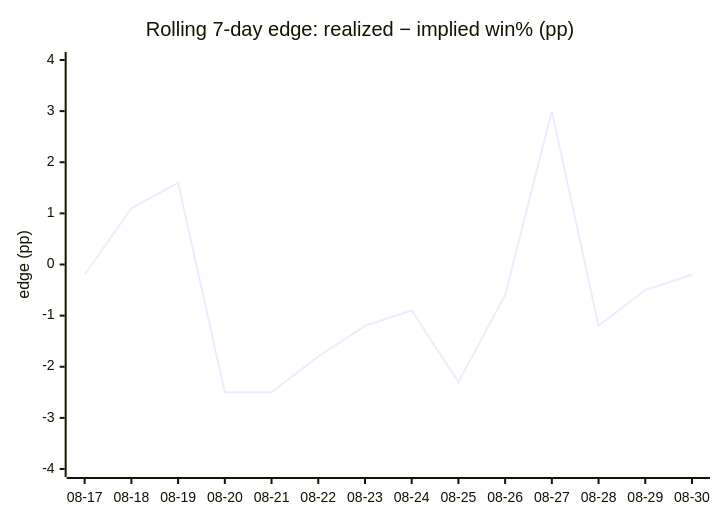
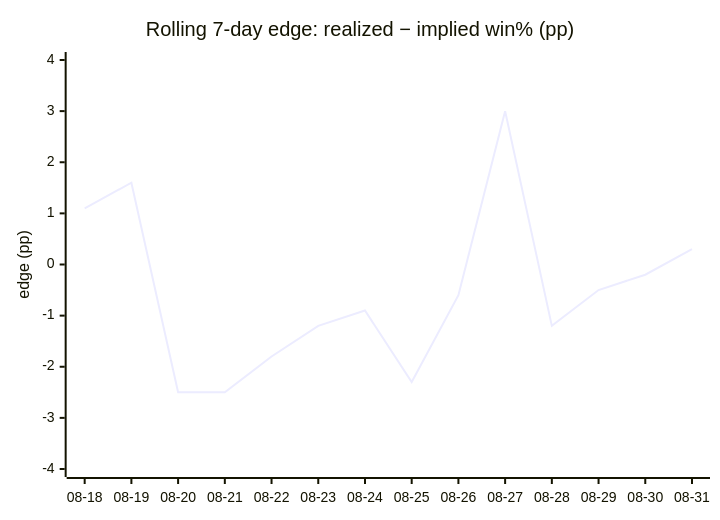
One commit to dpk1212/nhl-savant changed the fourth of 4 diagrams in DAILY_AGSU_REPORT.md. Above: the diagram before and after it, drawn with Mermaid. The commit also changed other lines of this file, not shown here.

````diff
--- a/DAILY_AGSU_REPORT.md
+++ b/DAILY_AGSU_REPORT.md
@@ -866,7 +866,7 @@
 ```mermaid
 xychart-beta
     title "Rolling 7-day edge: realized − implied win% (pp)"
-    x-axis ["08-17", "08-18", "08-19", "08-20", "08-21", "08-22", "08-23", "08-24", "08-25", "08-26", "08-27", "08-28", "08-29", "08-30"]
+    x-axis ["08-18", "08-19", "08-20", "08-21", "08-22", "08-23", "08-24", "08-25", "08-26", "08-27", "08-28", "08-29", "08-30", "08-31"]
     y-axis "edge (pp)" -4 --> 4
-    line [-0.2, 1.1, 1.6, -2.5, -2.5, -1.8, -1.2, -0.9, -2.3, -0.6, 3, -1.2, -0.5, -0.2]
+    line [1.1, 1.6, -2.5, -2.5, -1.8, -1.2, -0.9, -2.3, -0.6, 3, -1.2, -0.5, -0.2, 0.3]
 ```
````
